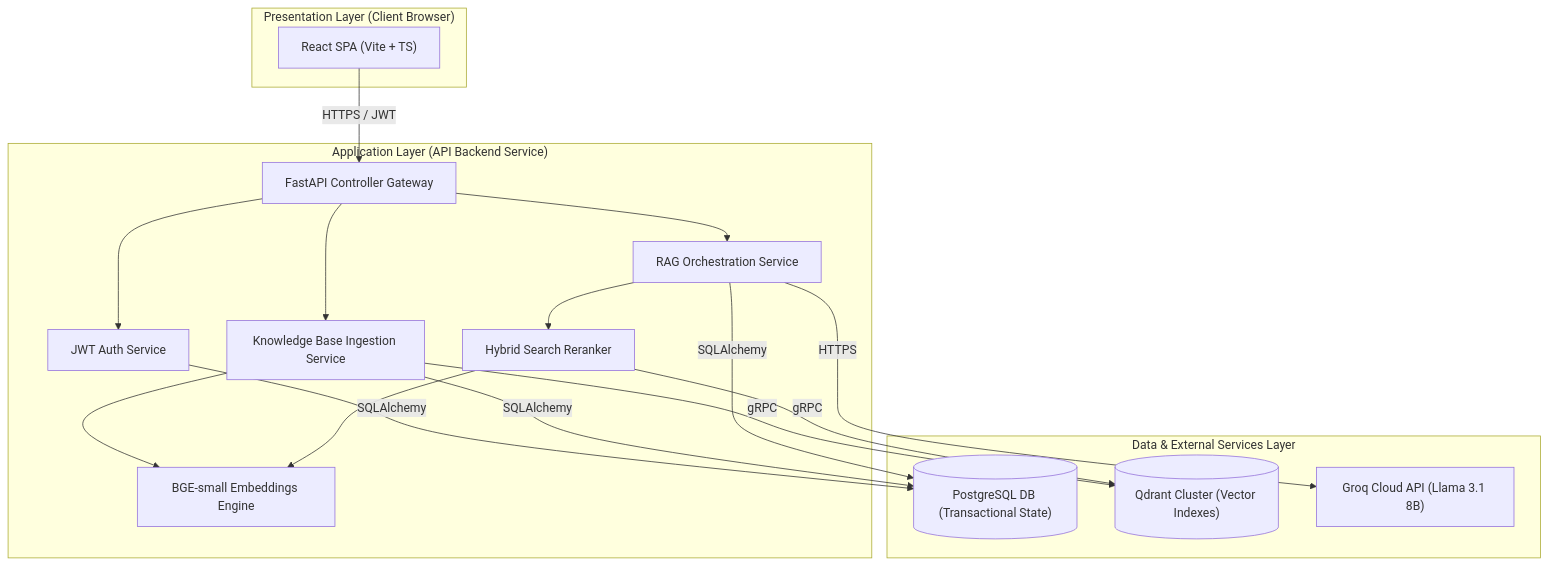
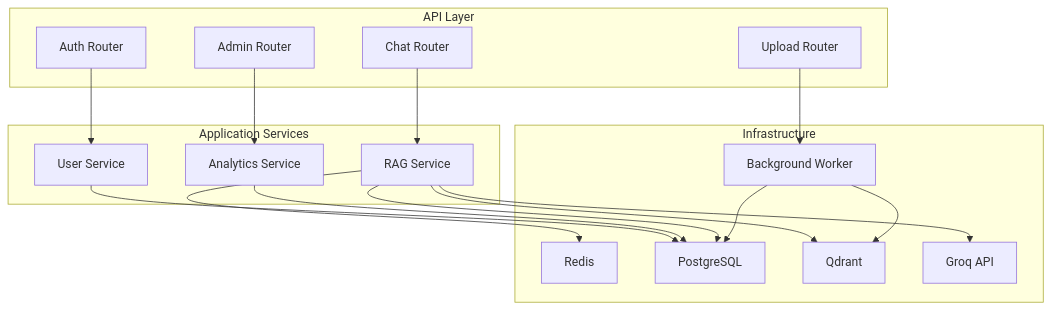
Before and after one commit to Prithunandananks/SupportAI: the sixth of 16 diagrams in support_ai_project_architecture.md, drawn with Mermaid. The commit also changed other lines of this file, not shown here.

Commit message:
Modyfied architecture

````diff
--- a/support_ai_project_architecture.md
+++ b/support_ai_project_architecture.md
@@ -55,40 +427,59 @@
 ```mermaid
-graph TB
-    subgraph Presentation_Layer["Presentation Layer (Client Browser)"]
-        SPA["React SPA (Vite + TS)"]
-    end
+flowchart TB
 
-    subgraph Service_Boundary["Application Layer (API Backend Service)"]
-        API_GW["FastAPI Controller Gateway"]
-        Auth_Svc["JWT Auth Service"]
-        KB_Engine["Knowledge Base Ingestion Service"]
-        RAG_Orch["RAG Orchestration Service"]
-        Search_Engine["Hybrid Search Reranker"]
-        Local_Embed["BGE-small Embeddings Engine"]
-    end
+subgraph API["API Layer"]
 
-    subgraph Storage_Layer["Data & External Services Layer"]
-        Postgres[("PostgreSQL DB (Transactional State)")]
-        Qdrant[("Qdrant Cluster (Vector Indexes)")]
-        Groq["Groq Cloud API (Llama 3.1 8B)"]
-    end
+Auth["Auth Router"]
 
-    %% Client Interactions
-    SPA -->|HTTPS / JWT| API_GW
+Chat["Chat Router"]
 
-    %% Internal Backend Routing
-    API_GW --> Auth_Svc
-    API_GW --> KB_Engine
-    API_GW --> RAG_Orch
-    RAG_Orch --> Search_Engine
-    KB_Engine --> Local_Embed
-    Search_Engine --> Local_Embed
+Upload["Upload Router"]
 
-    %% Data Connections
-    Auth_Svc -->|SQLAlchemy| Postgres
-    KB_Engine -->|SQLAlchemy| Postgres
-    KB_Engine -->|gRPC| Qdrant
-    RAG_Orch -->|SQLAlchemy| Postgres
-    Search_Engine -->|gRPC| Qdrant
-    RAG_Orch -->|HTTPS| Groq
+Admin["Admin Router"]
+
+end
+
+subgraph Services["Application Services"]
+
+UserService["User Service"]
+
+RAG["RAG Service"]
+
+Analytics["Analytics Service"]
+
+end
+
+subgraph Infrastructure["Infrastructure"]
+
+Redis["Redis"]
+
+Postgres["PostgreSQL"]
+
+Qdrant["Qdrant"]
+
+Groq["Groq API"]
+
+Background["Background Worker"]
+
+end
+
+Auth --> UserService
+
+Chat --> RAG
+
+Upload --> Background
+
+Admin --> Analytics
+
+UserService --> Postgres
+
+Analytics --> Postgres
+
+RAG --> Redis
+RAG --> Postgres
+RAG --> Qdrant
+RAG --> Groq
+
+Background --> Postgres
+Background --> Qdrant
 ```
````
